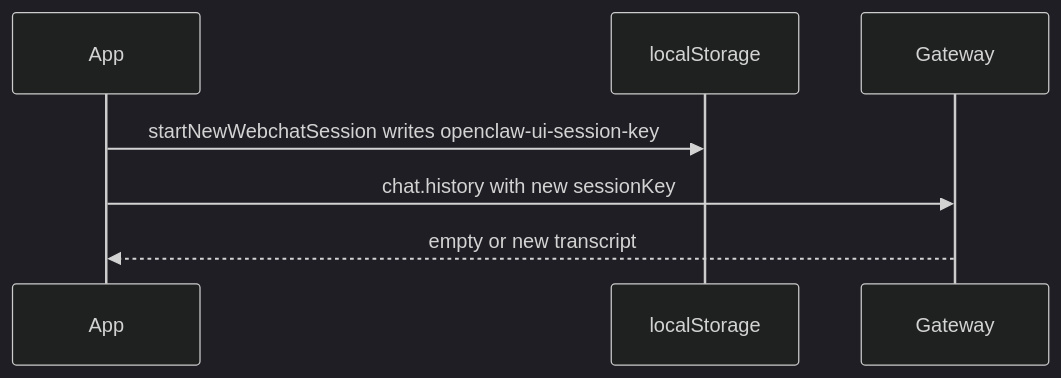
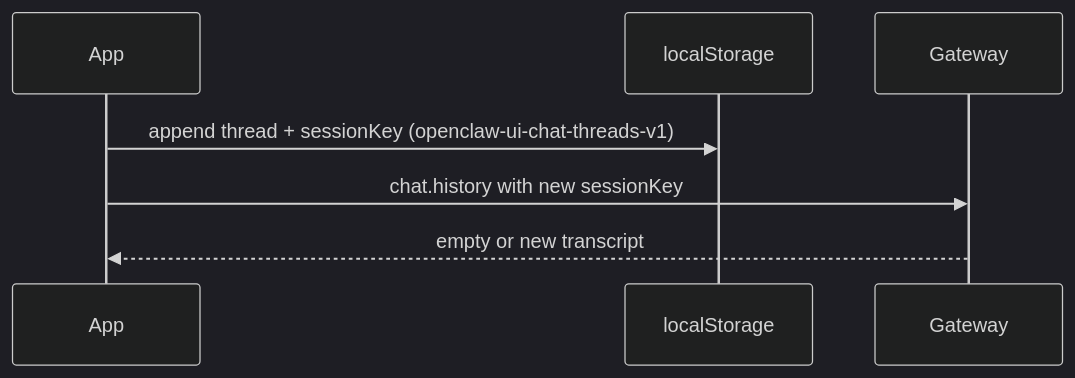
Before and after one commit to daledesilva/openclaw-ui: the diagram in docs/new-chat-session.md, drawn with Mermaid (dark theme). The commit also changed other lines of this file and 12 other files, not shown here.

````diff
--- a/docs/new-chat-session.md
+++ b/docs/new-chat-session.md
@@ -9,9 +9,9 @@
 ```mermaid
 sequenceDiagram
   participant UI as App
   participant LS as localStorage
   participant GW as Gateway
-  UI->>LS: startNewWebchatSession writes openclaw-ui-session-key
+  UI->>LS: append thread + sessionKey (openclaw-ui-chat-threads-v1)
   UI->>GW: chat.history with new sessionKey
   GW-->>UI: empty or new transcript
 ```
````
